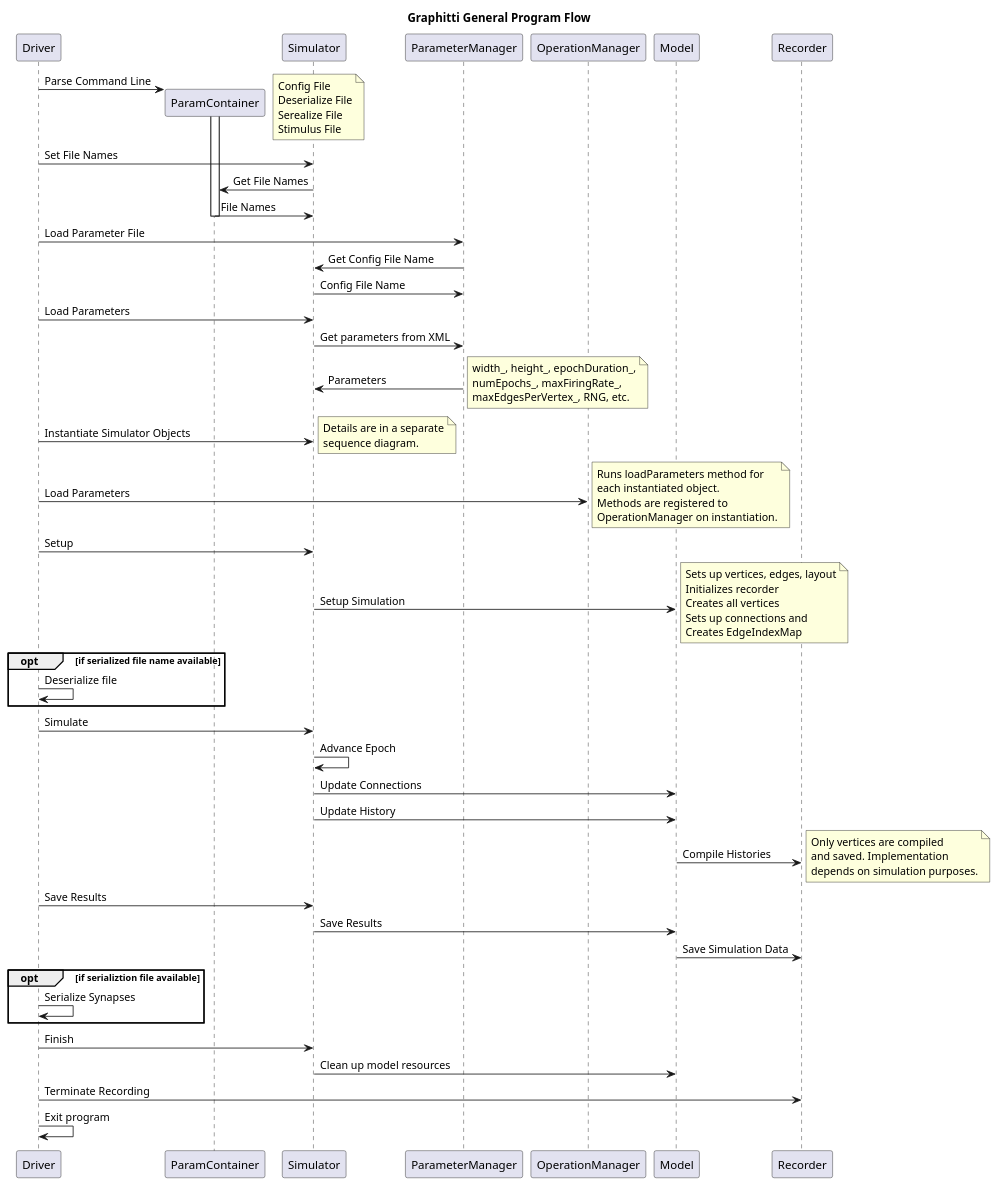
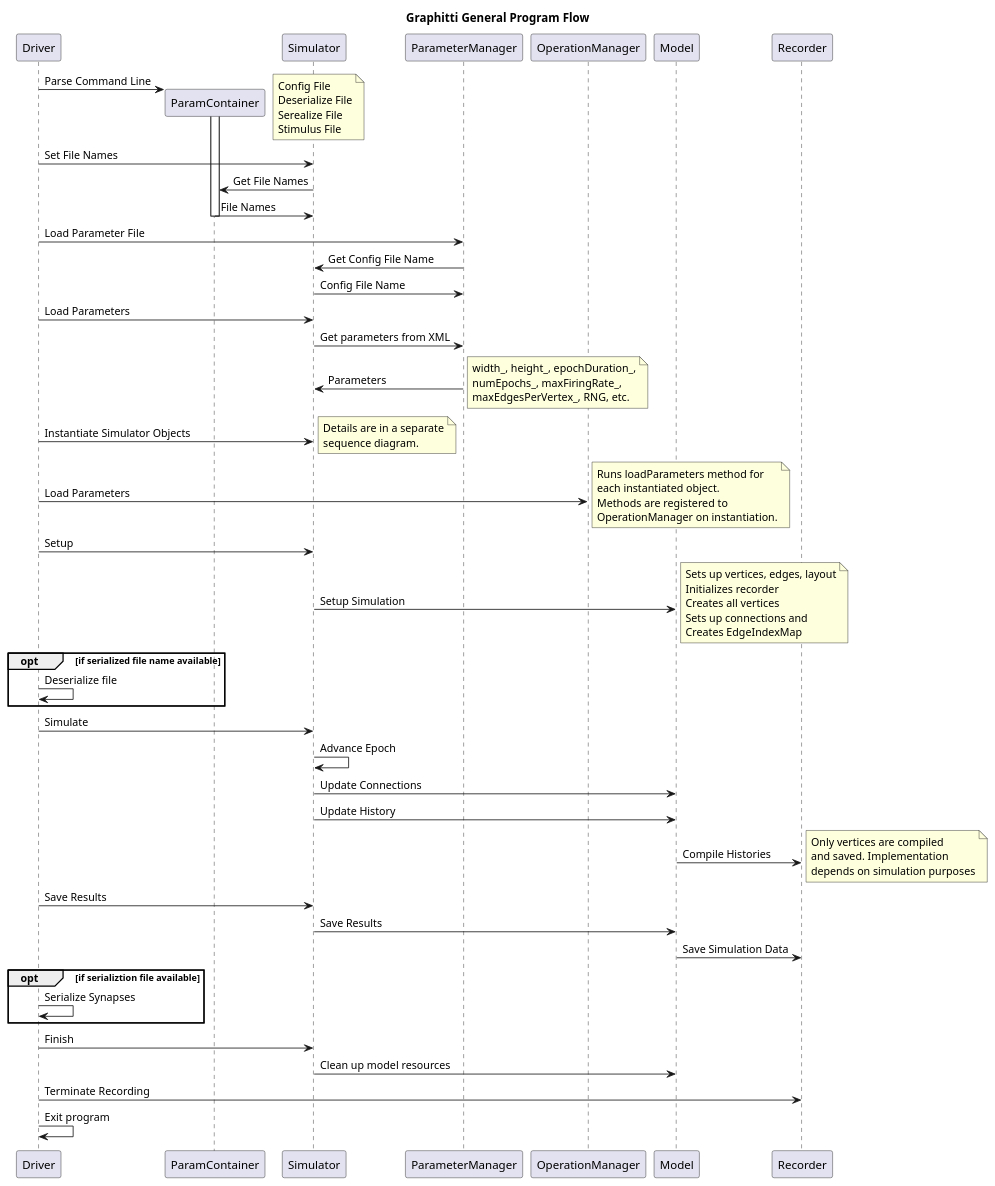
Before and after one commit to UWB-Biocomputing/Graphitti: the diagram in docs/Developer/UML/topLevelFlow.puml, drawn with PlantUML. The commit also changed 3 other files, not shown here.

Commit message:
Fixed AWK scrip in github action for plantUML

```diff
--- a/docs/Developer/UML/topLevelFlow.puml
+++ b/docs/Developer/UML/topLevelFlow.puml
@@ -1,84 +1,84 @@
 @startuml topLevelFlow
 
 title Graphitti General Program Flow
 
 Driver -> ParamContainer **: Parse Command Line
 activate ParamContainer
 note right
     Config File
     Deserialize File
     Serealize File
     Stimulus File
 end note
 
 Driver -> Simulator: Set File Names
 Simulator -> ParamContainer: Get File Names
 ParamContainer -> Simulator: File Names
 deactivate ParamContainer
 
 Driver -> ParameterManager: Load Parameter File
 ParameterManager -> Simulator: Get Config File Name
 Simulator -> ParameterManager: Config File Name
 Driver -> Simulator: Load Parameters
 Simulator -> ParameterManager: Get parameters from XML
 ParameterManager -> Simulator: Parameters
 note right
     width_, height_, epochDuration_,
     numEpochs_, maxFiringRate_,
     maxEdgesPerVertex_, RNG, etc.
 end note
 
 Driver -> Simulator: Instantiate Simulator Objects
 note right
     Details are in a separate
     sequence diagram.
 end note
 
 ' Expand in a separate diagram
 Driver -> OperationManager: Load Parameters
 note right
     Runs loadParameters method for
     each instantiated object.
     Methods are registered to
     OperationManager on instantiation.
 end note
 
 Driver -> Simulator: Setup
 Simulator -> Model: Setup Simulation
 note right
     Sets up vertices, edges, layout
     Initializes recorder
     Creates all vertices
     Sets up connections and
     Creates EdgeIndexMap
 end note
 
 opt if serialized file name available
     Driver -> Driver: Deserialize file
 end
 
 Driver -> Simulator: Simulate
 Simulator -> Simulator: Advance Epoch
 Simulator -> Model: Update Connections
 Simulator -> Model: Update History
 Model -> Recorder: Compile Histories
 note right
     Only vertices are compiled
     and saved. Implementation
-    depends on simulation purposes.
+    depends on simulation purposes
 end note
 
 Driver -> Simulator: Save Results
 Simulator -> Model: Save Results
 Model -> Recorder: Save Simulation Data
 
 opt if serializtion file available
     Driver -> Driver: Serialize Synapses
 end
 
 Driver -> Simulator: Finish
 Simulator -> Model: Clean up model resources
 Driver -> Recorder: Terminate Recording
 Driver -> Driver: Exit program
 
 @enduml
```
